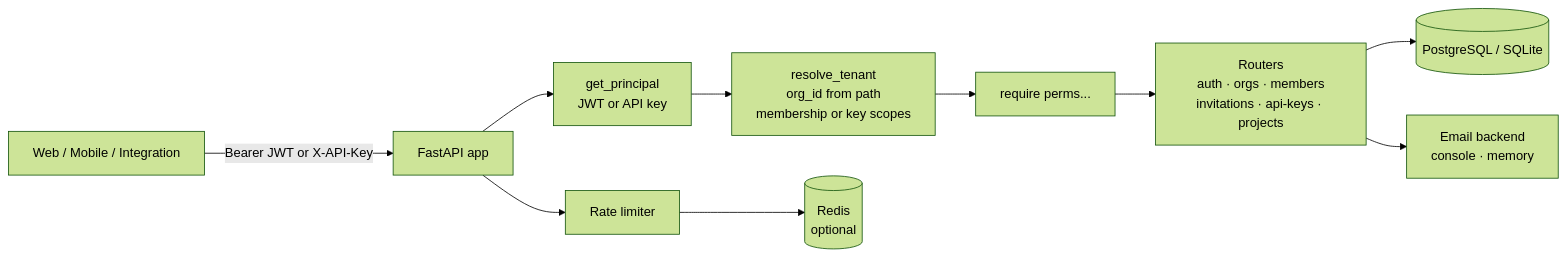
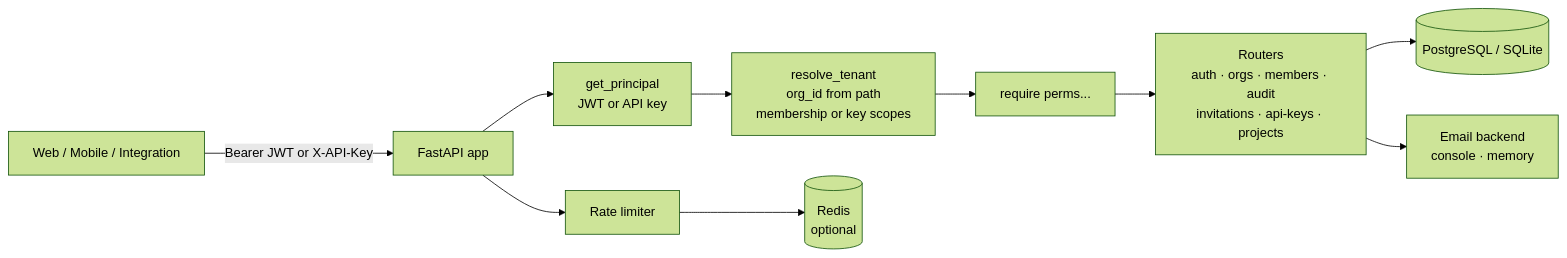
One commit to AkibUllah/multi-tenant-saas-auth changed the diagram in README.md. Above: the diagram before and after it, drawn with Mermaid (forest theme). The commit also changed other lines of this file and 1 other file, not shown here.

First line of the commit message:
docs: document the audit log

````diff
--- a/README.md
+++ b/README.md
@@ -51,12 +52,12 @@
 ```mermaid
 flowchart LR
     Client[Web / Mobile / Integration] -->|Bearer JWT or X-API-Key| API[FastAPI app]
     API --> Principal[get_principal\nJWT or API key]
     Principal --> Tenant[resolve_tenant\norg_id from path\nmembership or key scopes]
     Tenant --> Require[require perms...]
-    Require --> Handlers[Routers\nauth · orgs · members\ninvitations · api-keys · projects]
+    Require --> Handlers[Routers\nauth · orgs · members · audit\ninvitations · api-keys · projects]
     Handlers --> DB[(PostgreSQL / SQLite)]
     API --> RL[Rate limiter]
     RL --> Redis[(Redis\noptional)]
     Handlers --> Mail[Email backend\nconsole · memory]
 ```
````
